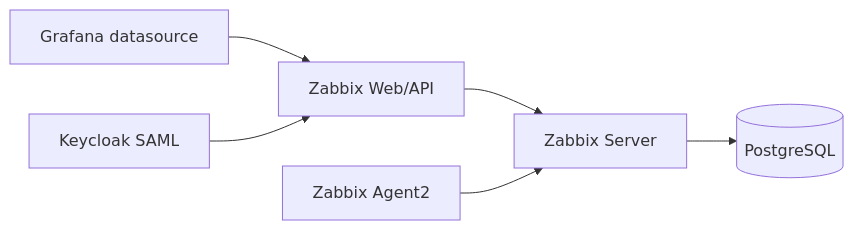
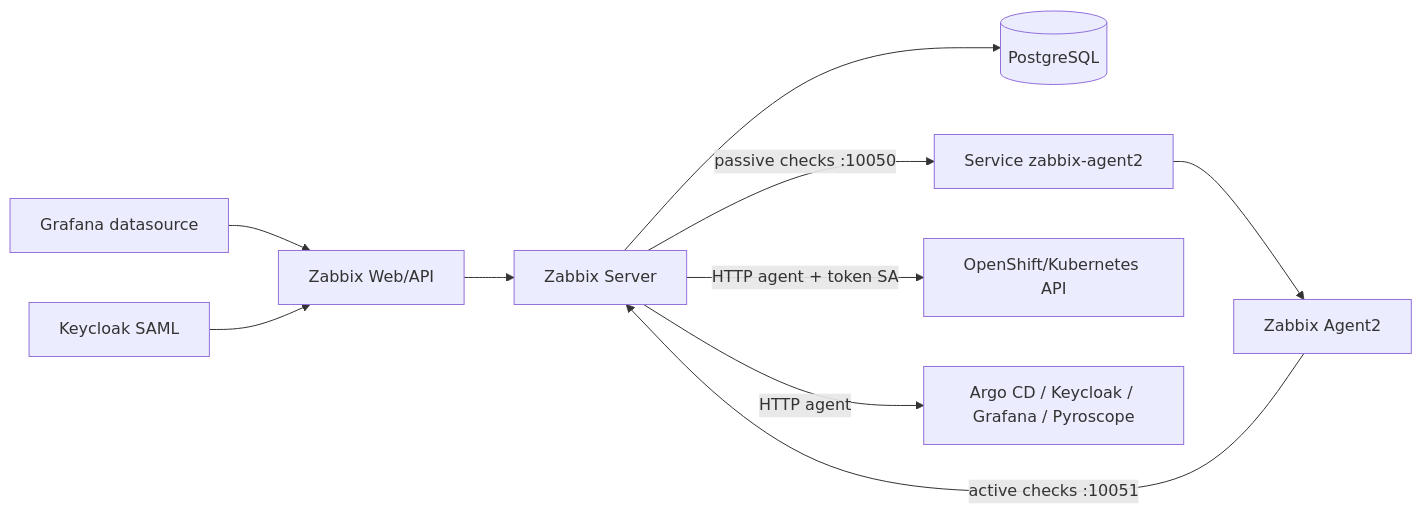
One commit to thiagobotelho/zabbix-gitops changed the diagram in README.md. Above: the diagram before and after it, drawn with Mermaid. The commit also changed other lines of this file and 6 other files, not shown here.

````diff
--- a/README.md
+++ b/README.md
@@ -10,8 +10,12 @@
 ```mermaid
 flowchart LR
     Web[Zabbix Web/API] --> Server[Zabbix Server]
     Server --> DB[(PostgreSQL)]
-    Agent[Zabbix Agent2] --> Server
+    Server -->|passive checks :10050| AgentSvc[Service zabbix-agent2]
+    Agent[Zabbix Agent2] -->|active checks :10051| Server
+    AgentSvc --> Agent
     Grafana[Grafana datasource] --> Web
     Keycloak[Keycloak SAML] --> Web
+    Server -->|HTTP agent + token SA| KubeAPI[OpenShift/Kubernetes API]
+    Server -->|HTTP agent| Obs[Argo CD / Keycloak / Grafana / Pyroscope]
 ```
````
